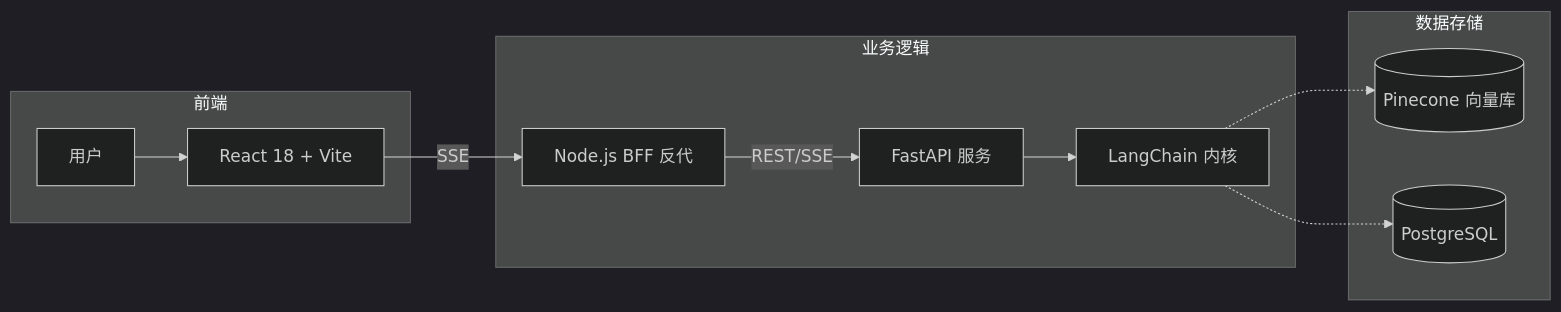
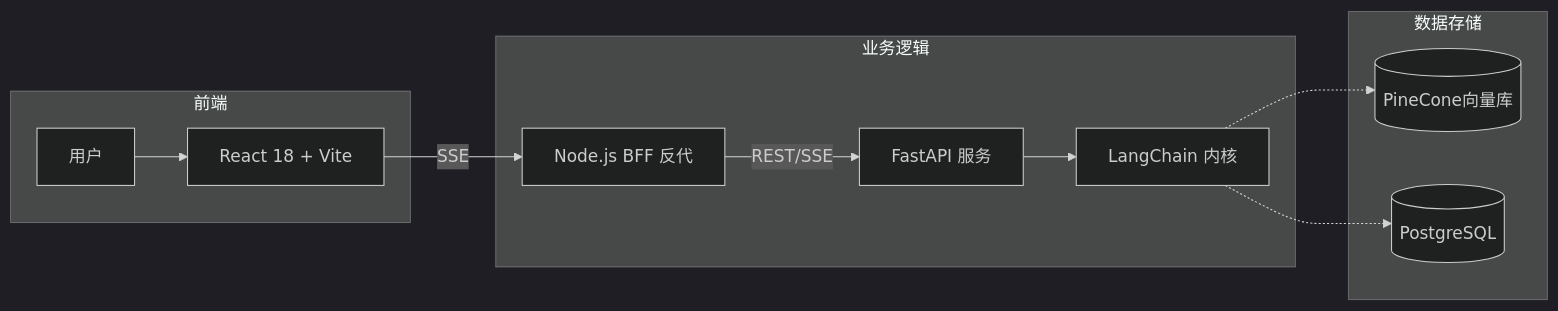
The first of 3 diagrams in docs/slides/slides.md (cuiningran-spec/philosophy-agent), drawn with Mermaid before and after one commit. The commit also changed other lines of this file, not shown here.

````diff
--- a/docs/slides/slides.md
+++ b/docs/slides/slides.md
@@ -147,18 +145,18 @@
 ```mermaid {scale: 0.6}
 %%{init: {'theme': 'dark'}}%%
 flowchart LR
     subgraph 前端
         U[用户] --> React[React 18 + Vite]
     end
     
     subgraph 业务逻辑
         React -->|SSE| Node[Node.js BFF 反代]
         Node -->|REST/SSE| FastAPI[FastAPI 服务]
         FastAPI --> Engine[LangChain 内核]
     end
     
     subgraph 数据存储
-        Engine -.-> PC[(Pinecone 向量库)]
+        Engine -.-> PC[(PineCone向量库)]
         Engine -.-> PG[(PostgreSQL)]
     end
 ```
````
